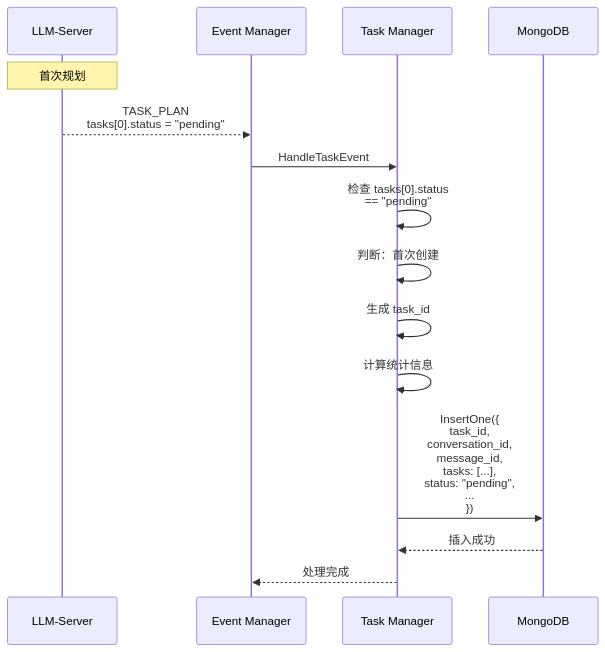
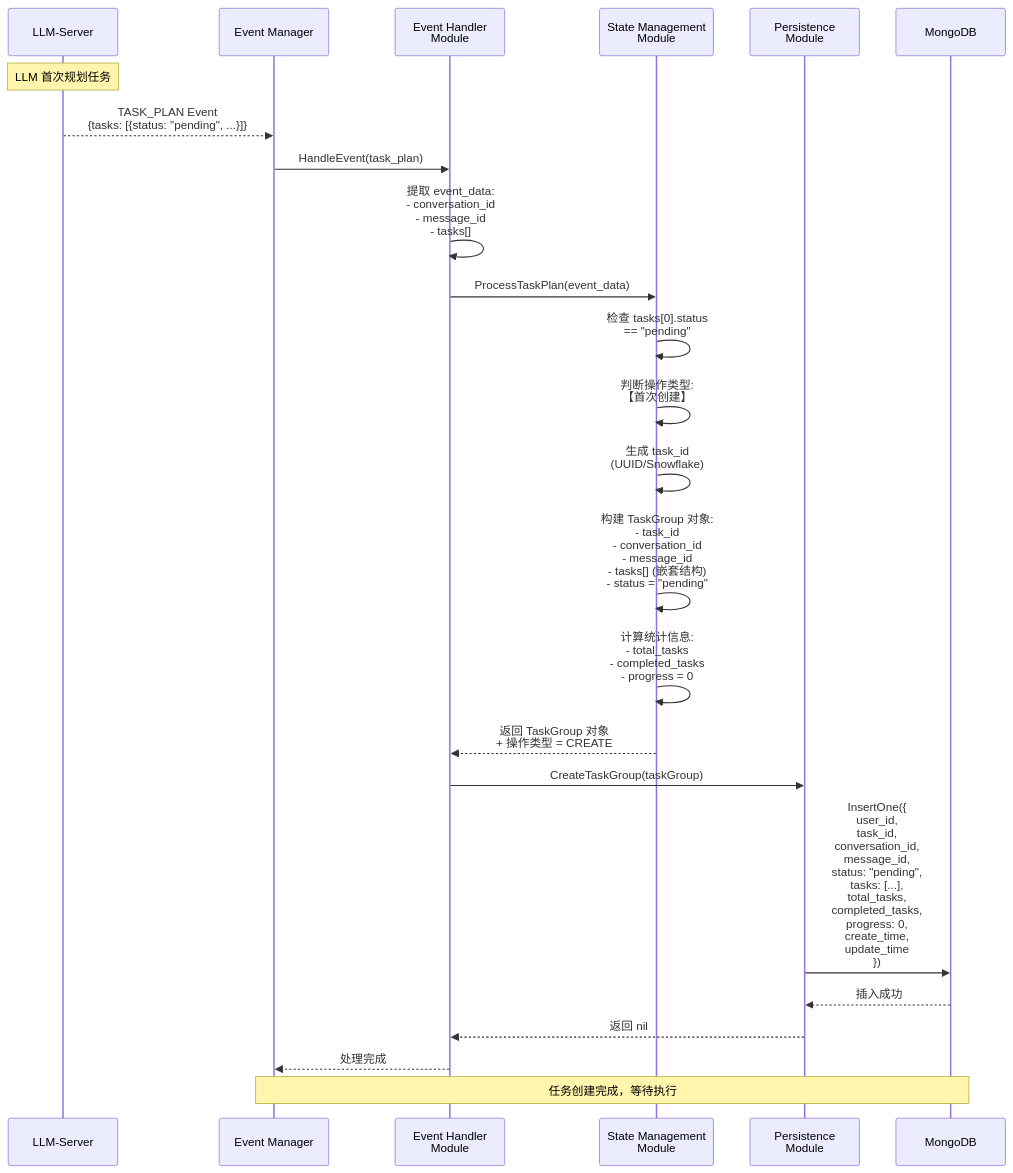
Before and after one commit to yingjianzh/iodraw-files: the diagram in all/未命名-10.md, drawn with Mermaid.

Commit message:
2025-12-25 10:55:41 update

````diff
--- a/all/未命名-10.md
+++ b/all/未命名-10.md
@@ -1,27 +1,43 @@
 ```mermaid
 sequenceDiagram
     participant LLM as LLM-Server
     participant EM as Event Manager
-    participant TM as Task Manager
+    participant EH as Event Handler<br/>Module
+    participant SM as State Management<br/>Module
+    participant PM as Persistence<br/>Module
     participant DB as MongoDB
     
-    Note over LLM: 首次规划
+    Note over LLM: LLM 首次规划任务
     
-    LLM-->>EM: TASK_PLAN<br/>tasks[0].status = "pending"
+    LLM-->>EM: TASK_PLAN Event<br/>{tasks: [{status: "pending", ...}]}
     
-    EM->>TM: HandleTaskEvent
+    EM->>EH: HandleEvent(task_plan)
     
-    TM->>TM: 检查 tasks[0].status<br/>== "pending"
+    EH->>EH: 提取 event_data:<br/>- conversation_id<br/>- message_id<br/>- tasks[]
     
-    TM->>TM: 判断：首次创建
+    EH->>SM: ProcessTaskPlan(event_data)
     
-    TM->>TM: 生成 task_id
+    SM->>SM: 检查 tasks[0].status<br/>== "pending"
     
-    TM->>TM: 计算统计信息
+    SM->>SM: 判断操作类型:<br/>【首次创建】
     
-    TM->>DB: InsertOne({<br/>  task_id,<br/>  conversation_id,<br/>  message_id,<br/>  tasks: [...],<br/>  status: "pending",<br/>  ...<br/>})
+    SM->>SM: 生成 task_id<br/>(UUID/Snowflake)
     
-    DB-->>TM: 插入成功
+    SM->>SM: 构建 TaskGroup 对象:<br/>- task_id<br/>- conversation_id<br/>- message_id<br/>- tasks[] (嵌套结构)<br/>- status = "pending"
     
-    TM-->>EM: 处理完成
+    SM->>SM: 计算统计信息:<br/>- total_tasks<br/>- completed_tasks<br/>- progress = 0
+    
+    SM-->>EH: 返回 TaskGroup 对象<br/>+ 操作类型 = CREATE
+    
+    EH->>PM: CreateTaskGroup(taskGroup)
+    
+    PM->>DB: InsertOne({<br/>  user_id,<br/>  task_id,<br/>  conversation_id,<br/>  message_id,<br/>  status: "pending",<br/>  tasks: [...],<br/>  total_tasks,<br/>  completed_tasks,<br/>  progress: 0,<br/>  create_time,<br/>  update_time<br/>})
+    
+    DB-->>PM: 插入成功
+    
+    PM-->>EH: 返回 nil
+    
+    EH-->>EM: 处理完成
+    
+    Note over EM,DB: 任务创建完成，等待执行
 ```
````
